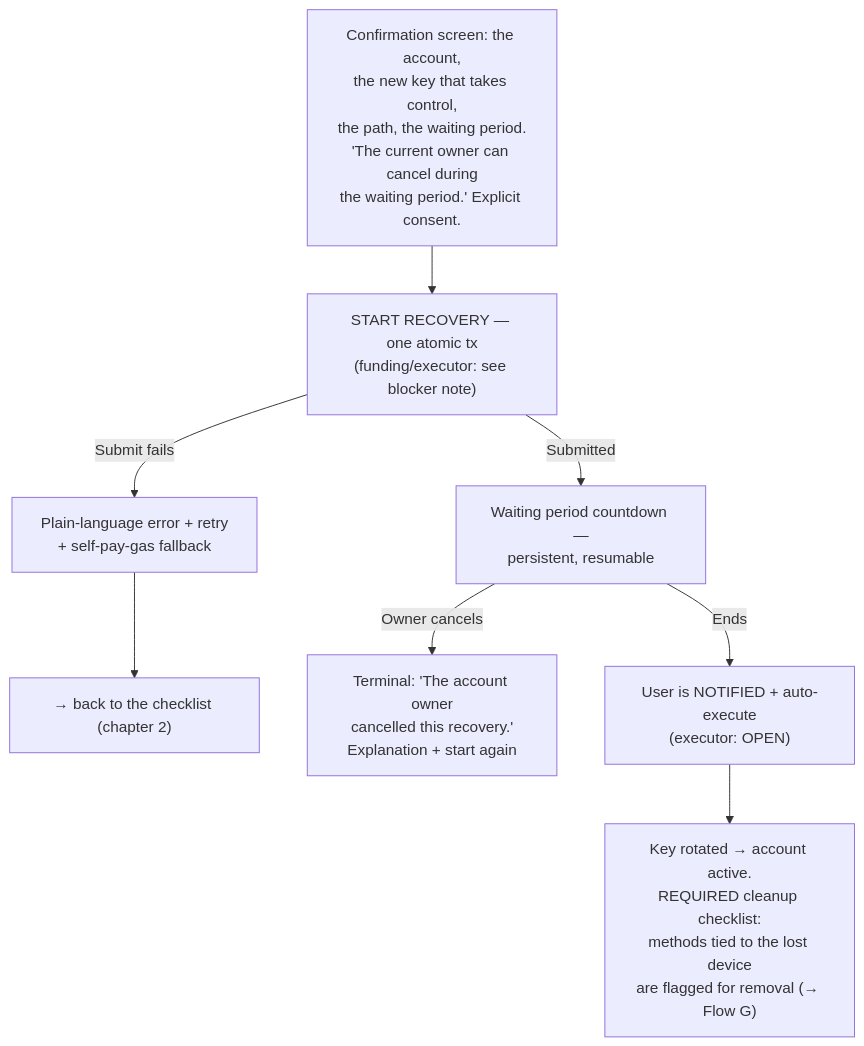
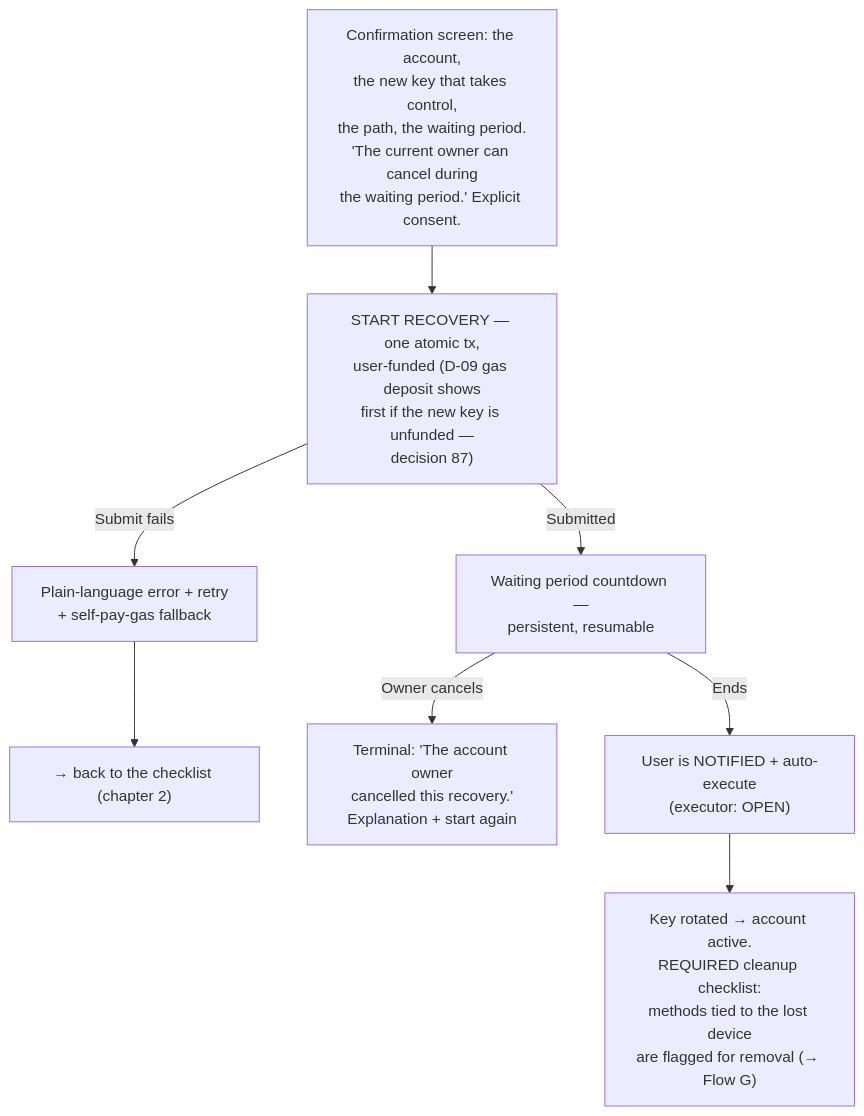
Before and after one commit to FiboAtWonder/kohaku-extension: the seventh of 14 diagrams in social-recovery-ux-flows.md, drawn with Mermaid. The commit also changed other lines of this file and 2 other files, not shown here.

Commit message:
docs: review round 4 — decisions 84-89 (commit-reveal visibility, 0h timelock, grading V2, user-funded MVP + gas-deposit, smart-account-at-init MUST, E2 skipped); zkemail prose stripped

````diff
--- a/social-recovery-ux-flows.md
+++ b/social-recovery-ux-flows.md
@@ -224,12 +225,12 @@
 ```mermaid
 flowchart TD
-    CF["Confirmation screen: the account,<br/>the new key that takes control,<br/>the path, the waiting period.<br/>'The current owner can cancel during<br/>the waiting period.' Explicit consent."] --> I["START RECOVERY — one atomic tx<br/>(funding/executor: see blocker note)"]
+    CF["Confirmation screen: the account,<br/>the new key that takes control,<br/>the path, the waiting period.<br/>'The current owner can cancel during<br/>the waiting period.' Explicit consent."] --> I["START RECOVERY — one atomic tx,<br/>user-funded (D-09 gas deposit shows<br/>first if the new key is unfunded —<br/>decision 87)"]
     I -->|Submit fails| I2["Plain-language error + retry<br/>+ self-pay-gas fallback"]
     I2 --> BK["→ back to the checklist (chapter 2)"]
     I -->|Submitted| J["Waiting period countdown —<br/>persistent, resumable"]
     J -->|Owner cancels| XC["Terminal: 'The account owner<br/>cancelled this recovery.'<br/>Explanation + start again"]
     J -->|Ends| K["User is NOTIFIED + auto-execute<br/>(executor: OPEN)"]
     K --> L["Key rotated → account active.<br/>REQUIRED cleanup checklist:<br/>methods tied to the lost device<br/>are flagged for removal (→ Flow G)"]
 
     click L href "#flow-g--recovery-path--method-management"
 ```
````
